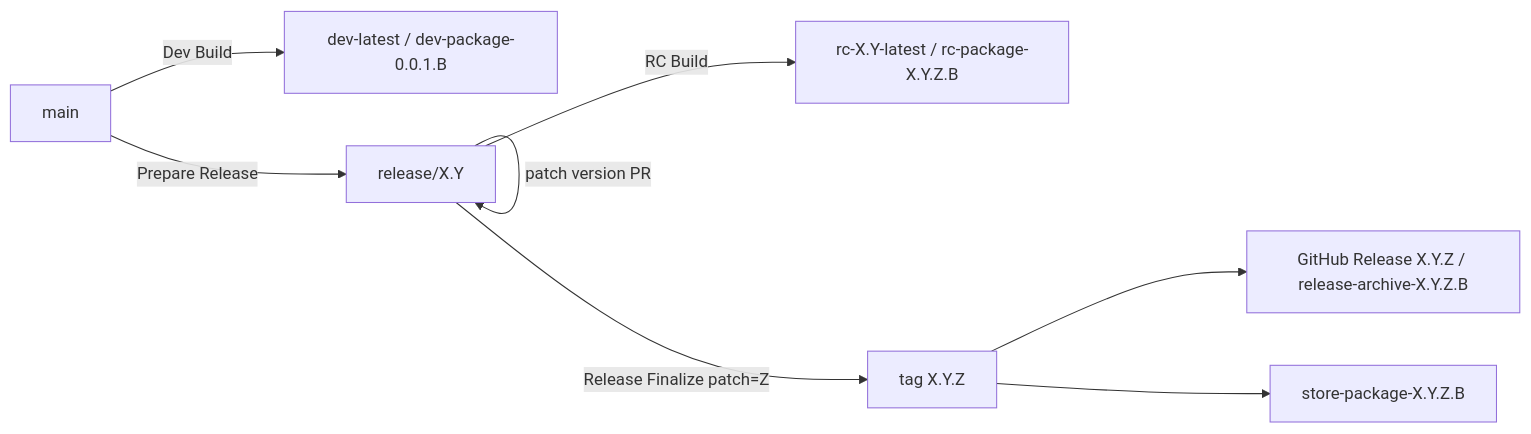
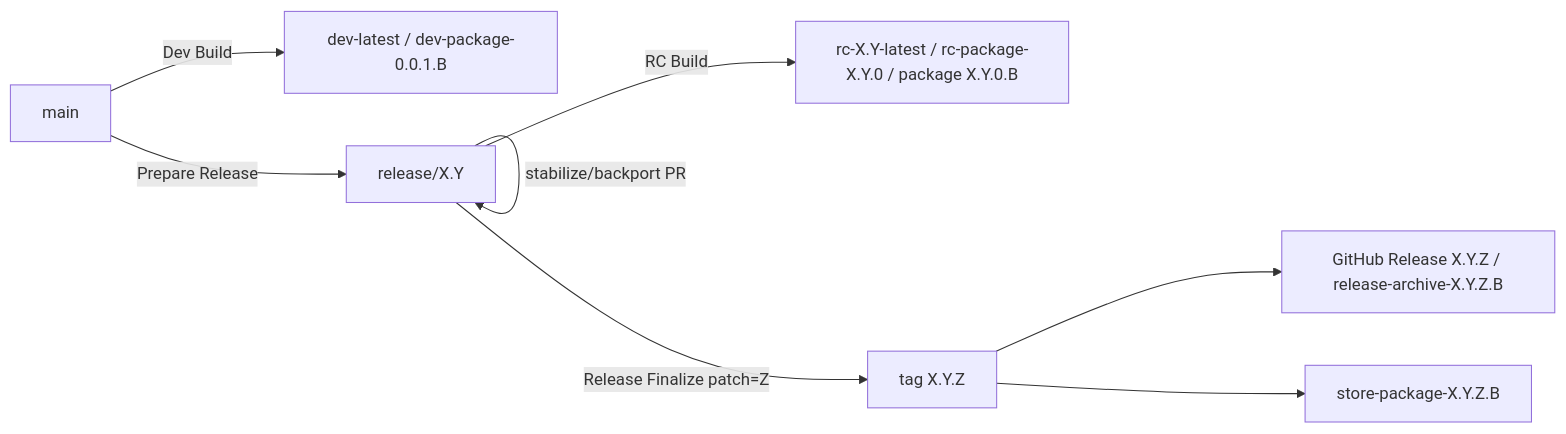
The diagram in docs/release/ReleaseProcess.md (tnagata012/ClipSave), drawn with Mermaid before and after one commit. The commit also changed other lines of this file and 11 other files, not shown here.

Commit message:
chore: finalize patch version in release workflow (#86)

````diff
--- a/docs/release/ReleaseProcess.md
+++ b/docs/release/ReleaseProcess.md
@@ -28,10 +28,10 @@
 ```mermaid
 flowchart LR
   main[main] -->|Dev Build| dev[dev-latest / dev-package-0.0.1.B]
   main -->|Prepare Release| release[release/X.Y]
-  release -->|RC Build| rc[rc-X.Y-latest / rc-package-X.Y.Z.B]
-  release -->|patch version PR| release
+  release -->|RC Build| rc[rc-X.Y-latest / rc-package-X.Y.0 / package X.Y.0.B]
+  release -->|stabilize/backport PR| release
   release -->|Release Finalize patch=Z| tag[tag X.Y.Z]
   tag --> archive[GitHub Release X.Y.Z / release-archive-X.Y.Z.B]
   tag --> store[store-package-X.Y.Z.B]
 ```
````
